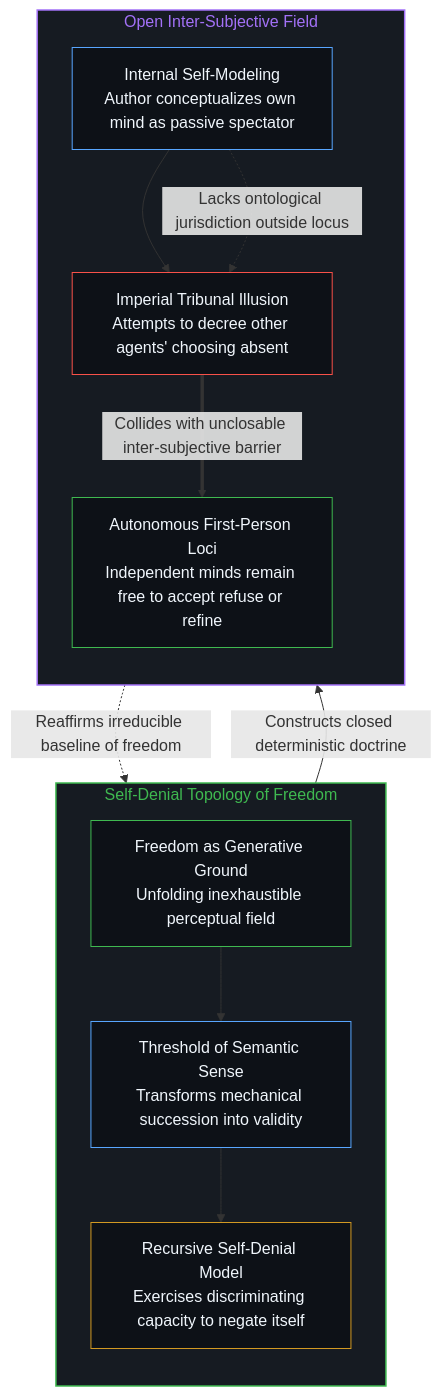
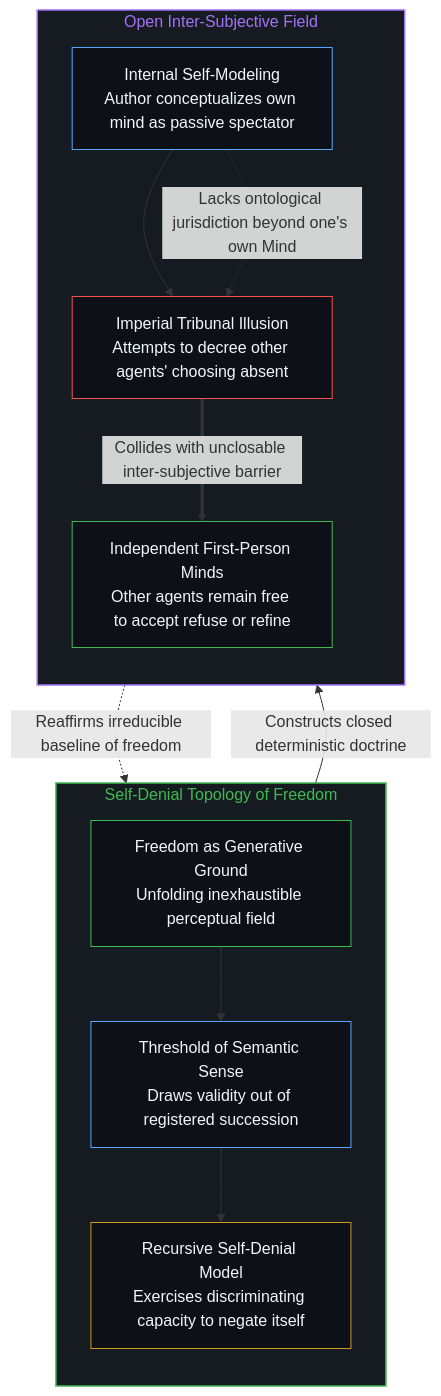
Before and after one commit to powerpig99/not-a-toe: the fourth of 4 diagrams in content/posts/the-freedom-of-will-to-deny-itself.md, drawn with Mermaid. The commit also changed other lines of this file and 18 other files, not shown here.

Commit message:
sleep(L1): refine 18 nodes against observation-distinguishing-activity-and-the-open-ground-of-mind

````diff
--- a/content/posts/the-freedom-of-will-to-deny-itself.md
+++ b/content/posts/the-freedom-of-will-to-deny-itself.md
@@ -123,25 +123,25 @@
 ```mermaid
 graph TD
     subgraph S_SelfDenial ["Self-Denial Topology of Freedom"]
         direction TB
-        SD1["Freedom as Generative Ground<br/>Unfolding inexhaustible perceptual field"] --> SD2["Threshold of Semantic Sense<br/>Transforms mechanical succession into validity"]
+        SD1["Freedom as Generative Ground<br/>Unfolding inexhaustible perceptual field"] --> SD2["Threshold of Semantic Sense<br/>Draws validity out of registered succession"]
         SD2 --> SD3["Recursive Self-Denial Model<br/>Exercises discriminating capacity to negate itself"]
     end
     subgraph S_InterSubjective ["Open Inter-Subjective Field"]
         direction TB
         IS1["Internal Self-Modeling<br/>Author conceptualizes own mind as passive spectator"] --> IS2["Imperial Tribunal Illusion<br/>Attempts to decree other agents' choosing absent"]
-        IS3["Autonomous First-Person Loci<br/>Independent minds remain free to accept refuse or refine"]
+        IS3["Independent First-Person Minds<br/>Other agents remain free to accept refuse or refine"]
     end
     SD3 -->|"Constructs closed deterministic doctrine"| IS1
-    IS1 -.->|"Lacks ontological jurisdiction outside locus"| IS2
+    IS1 -.->|"Lacks ontological jurisdiction beyond one's own Mind"| IS2
     IS2 ==>|"Collides with unclosable inter-subjective barrier"| IS3
     IS3 -.->|"Reaffirms irreducible baseline of freedom"| SD1
     style S_SelfDenial fill:#161b22,stroke:#3fb950,stroke-width:1.5px,color:#3fb950
     style S_InterSubjective fill:#161b22,stroke:#a371f7,stroke-width:1.5px,color:#a371f7
     style SD1 fill:#0d1117,stroke:#3fb950,stroke-width:1px,color:#f0f6fc
     style SD2 fill:#0d1117,stroke:#58a6ff,stroke-width:1px,color:#f0f6fc
     style SD3 fill:#0d1117,stroke:#d29922,stroke-width:1px,color:#f0f6fc
     style IS1 fill:#0d1117,stroke:#58a6ff,stroke-width:1px,color:#f0f6fc
     style IS2 fill:#0d1117,stroke:#f85149,stroke-width:1px,color:#f0f6fc
     style IS3 fill:#0d1117,stroke:#3fb950,stroke-width:1px,color:#f0f6fc
 ```
````
